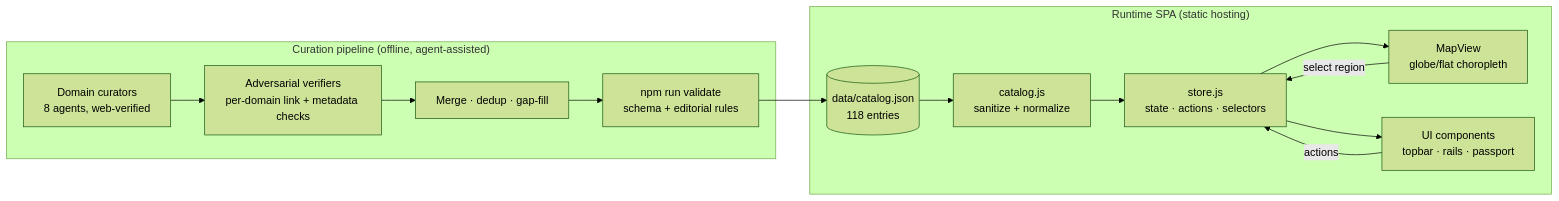
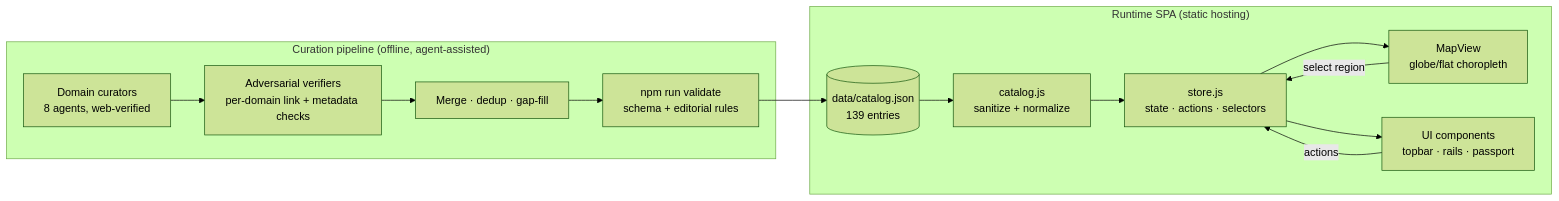
One commit to santoshshinde2012/dataset-atlas changed the diagram in docs/system-design.md. Above: the diagram before and after it, drawn with Mermaid (forest theme). The commit also changed other lines of this file and 1 other file, not shown here.

Commit message:
Fill the last four thin cells; every domain x region cell now has >= 2 datasets
Verified additions: Stats NZ Agricultural Production 2025 (oceania),
Eurostat HICP monthly inflation (europe), Global Energy Monitor Latin
America Energy Tracker, RePP Africa renewable power plants (CC0).
Catalog: 139 entries, validator clean, 37 tests passing; docs updated.

````diff
--- a/docs/system-design.md
+++ b/docs/system-design.md
@@ -25,17 +25,17 @@
 ```mermaid
 flowchart LR
   subgraph Curation["Curation pipeline (offline, agent-assisted)"]
     A[Domain curators<br/>8 agents, web-verified] --> B[Adversarial verifiers<br/>per-domain link + metadata checks]
     B --> C[Merge · dedup · gap-fill]
     C --> D[npm run validate<br/>schema + editorial rules]
   end
-  D --> E[(data/catalog.json<br/>118 entries)]
+  D --> E[(data/catalog.json<br/>139 entries)]
   subgraph Runtime["Runtime SPA (static hosting)"]
     E --> F[catalog.js<br/>sanitize + normalize]
     F --> G[store.js<br/>state · actions · selectors]
     G --> H[MapView<br/>globe/flat choropleth]
     G --> I[UI components<br/>topbar · rails · passport]
     H -->|select region| G
     I -->|actions| G
   end
 ```
````
